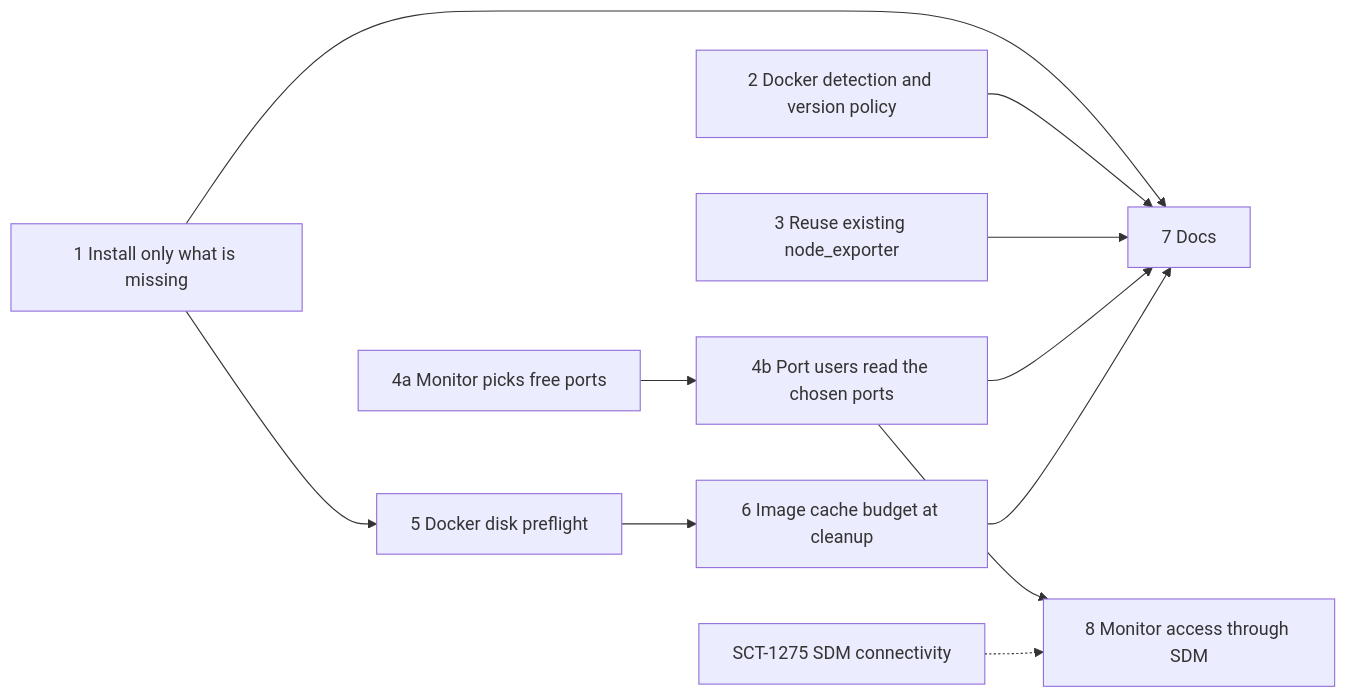
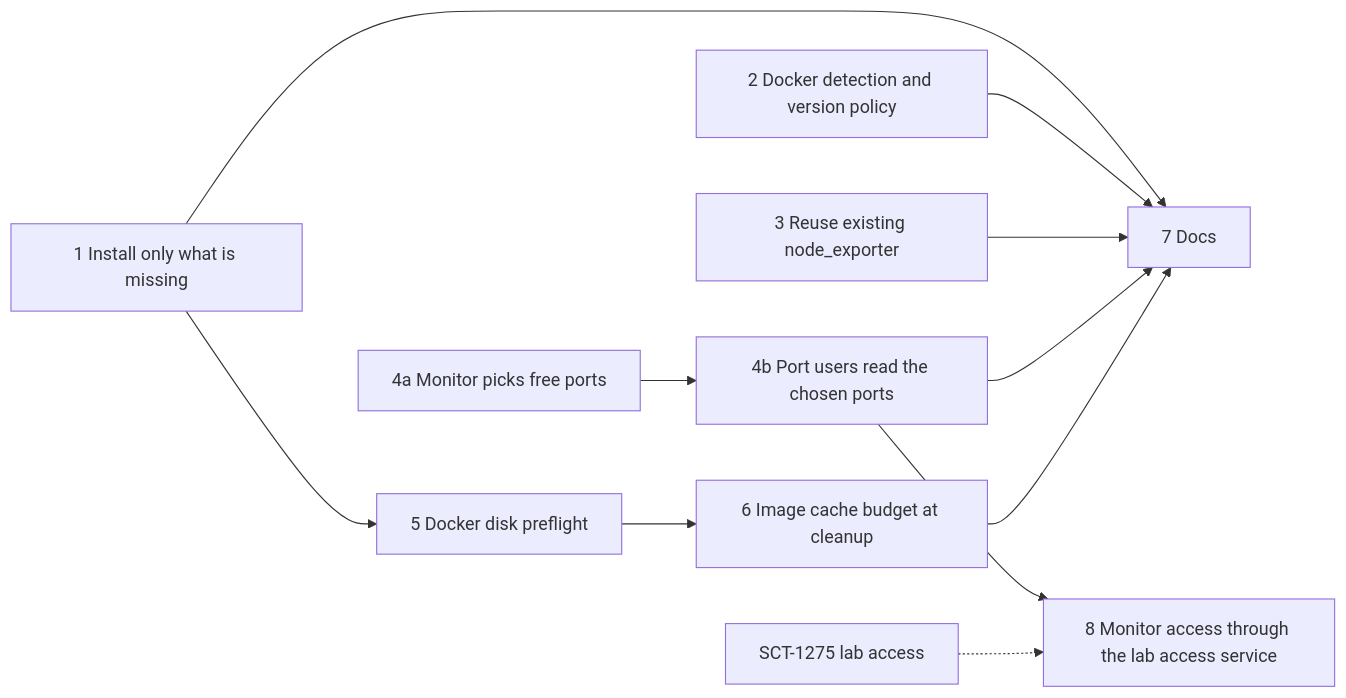
One commit to scylladb/scylla-cluster-tests changed the diagram in docs/plans/infrastructure/baremetal-shared-host-setup.md. Above: the diagram before and after it, drawn with Mermaid. The commit also changed other lines of this file, not shown here.

Commit message:
docs(plans): name the lab access service by its role in the shared-host plan

````diff
--- a/docs/plans/infrastructure/baremetal-shared-host-setup.md
+++ b/docs/plans/infrastructure/baremetal-shared-host-setup.md
@@ -114,11 +114,11 @@
 ```mermaid
 graph LR
     P1["1 Install only what is missing"] --> P5["5 Docker disk preflight"]
     P2["2 Docker detection and version policy"]
     P3["3 Reuse existing node_exporter"]
     P4a["4a Monitor picks free ports"] --> P4b["4b Port users read the chosen ports"]
     P5 --> P6["6 Image cache budget at cleanup"]
     P1 & P2 & P3 & P4b & P6 --> P7["7 Docs"]
-    P4b --> P8["8 Monitor access through SDM"]
-    SCT1275["SCT-1275 SDM connectivity"] -.-> P8
+    P4b --> P8["8 Monitor access through the lab access service"]
+    SCT1275["SCT-1275 lab access"] -.-> P8
 ```
````
